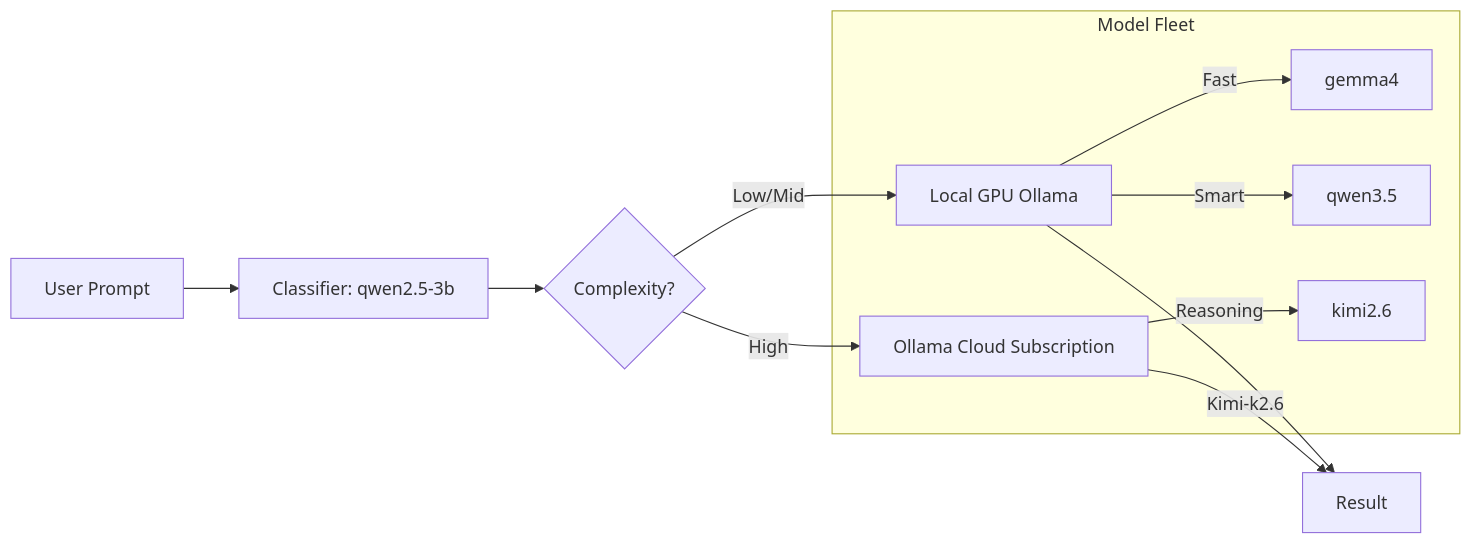
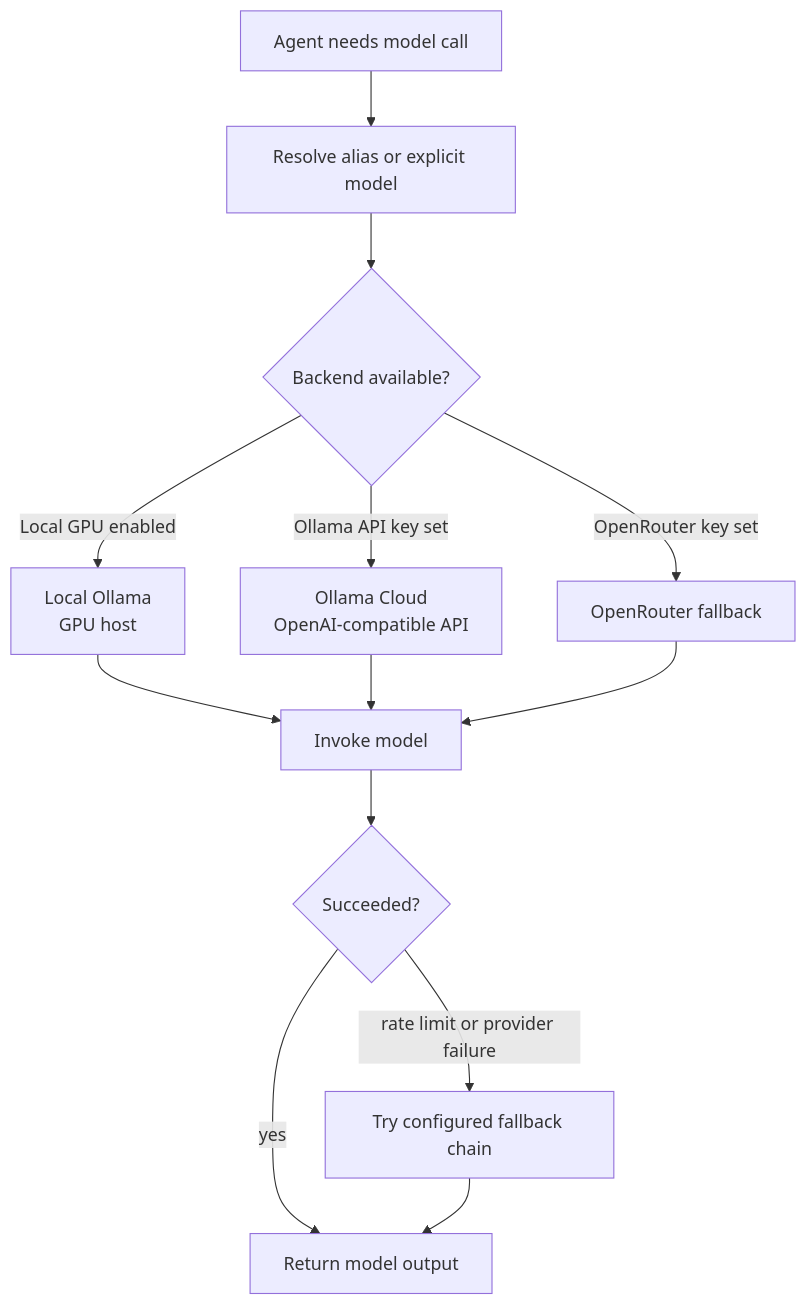
One commit to Ch3w3y/parsnip-ai changed the fifth of 8 diagrams in docs/ARCHITECTURE_VISUALS.md. Above: the diagram before and after it, drawn with Mermaid. The commit also changed other lines of this file and 15 other files, not shown here.

````diff
--- a/docs/ARCHITECTURE_VISUALS.md
+++ b/docs/ARCHITECTURE_VISUALS.md
@@ -50,17 +129,18 @@
 ```mermaid
-flowchart LR
-    Prompt[User Prompt] --> Class[Classifier: qwen2.5-3b]
-    Class --> Tier{Complexity?}
-    
-    Tier -->|Low/Mid| Local[Local GPU Ollama]
-    Local --> Result
-    
-    Tier -->|High| Cloud[Ollama Cloud Subscription]
-    Cloud -->|Kimi-k2.6| Result
-    
-    subgraph "Model Fleet"
-        Local -->|Fast| gemma4
-        Local -->|Smart| qwen3.5
-        Cloud -->|Reasoning| kimi2.6
-    end
+flowchart TB
+    Request[Agent needs model call] --> Resolve[Resolve alias or explicit model]
+    Resolve --> Backend{Backend available?}
+
+    Backend -->|Local GPU enabled| Local[Local Ollama<br/>GPU host]
+    Backend -->|Ollama API key set| Cloud[Ollama Cloud<br/>OpenAI-compatible API]
+    Backend -->|OpenRouter key set| OpenRouter[OpenRouter fallback]
+
+    Local --> Invoke[Invoke model]
+    Cloud --> Invoke
+    OpenRouter --> Invoke
+
+    Invoke --> Success{Succeeded?}
+    Success -->|yes| Response[Return model output]
+    Success -->|rate limit or provider failure| Cascade[Try configured fallback chain]
+    Cascade --> Response
 ```
````
